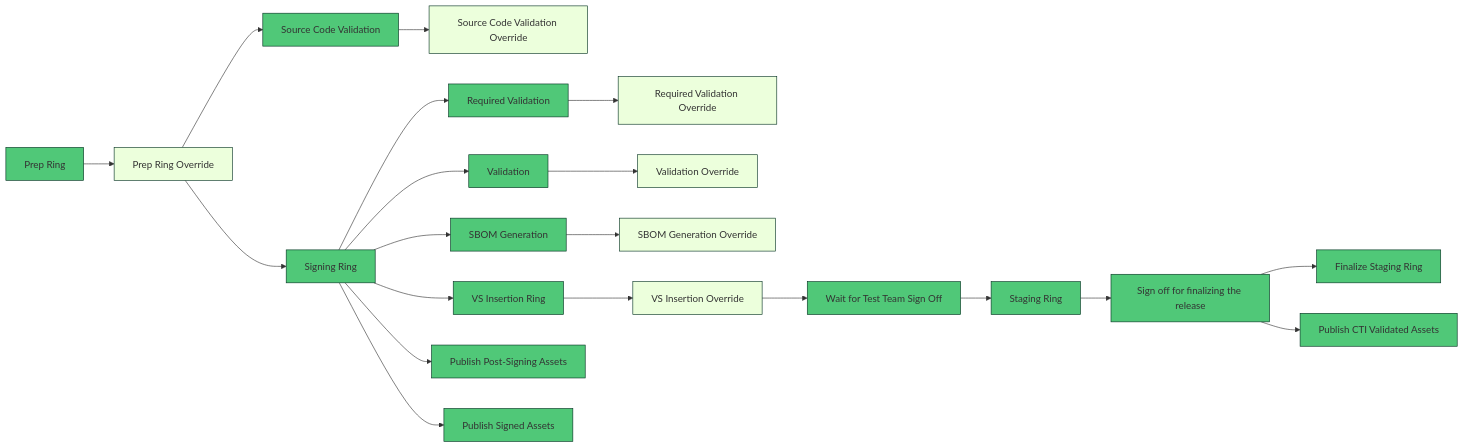
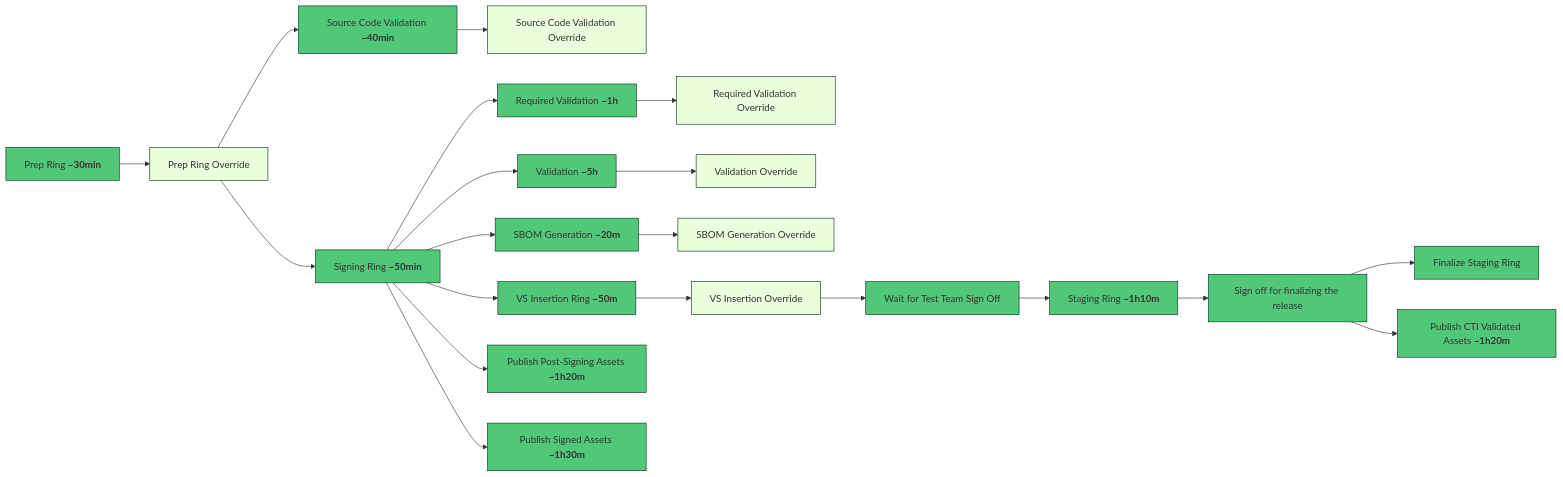
One commit to dotnet/arcade changed the second of 2 diagrams in Documentation/TeamProcess/One-Pagers/bcm-emergency-staging-pipeline-optimizations-12261.md. Above: the diagram before and after it, drawn with Mermaid. The commit also changed other lines of this file, not shown here.

````diff
--- a/Documentation/TeamProcess/One-Pagers/bcm-emergency-staging-pipeline-optimizations-12261.md
+++ b/Documentation/TeamProcess/One-Pagers/bcm-emergency-staging-pipeline-optimizations-12261.md
@@ -45,25 +45,25 @@
 ```mermaid
 flowchart LR
-  prep[Prep Ring] --> prep_override[Prep Ring Override]
-  prep_override --> signing[Signing Ring]
-  prep_override --> source_code_validation[Source Code Validation]
+  prep["Prep Ring <b>~30min</b>"] --> prep_override[Prep Ring Override]
+  prep_override --> signing["Signing Ring <b>~50min</b>"]
+  prep_override --> source_code_validation["Source Code Validation <b>~40min</b>"]
   source_code_validation --> source_code_validation_override[Source Code Validation Override]
-  signing --> vs_insertion[VS Insertion Ring]
-  signing --> required_validation[Required Validation]
+  signing --> vs_insertion["VS Insertion Ring <b>~50m</b>"]
+  signing --> required_validation["Required Validation <b>~1h</b>"]
   required_validation --> required_validation_override[Required Validation Override]
-  signing --> validation[Validation]
+  signing --> validation["Validation <b>~5h</b>"]
   validation --> validation_override[Validation Override]
-  signing --> sbom_generation[SBOM Generation]
+  signing --> sbom_generation["SBOM Generation <b>~20m</b>"]
   sbom_generation --> sbom_generation_override[SBOM Generation Override]
-  signing --> publishing_v3_signed[Publish Post-Signing Assets]
-  signing --> post_signing_publishing[Publish Signed Assets]
+  signing --> publishing_v3_signed["Publish Post-Signing Assets <b>~1h20m</b>"]
+  signing --> post_signing_publishing["Publish Signed Assets <b>~1h30m</b>"]
   vs_insertion --> vs_insertion_override[VS Insertion Override]
   vs_insertion_override --> cti_sign_off[Wait for Test Team Sign Off]
-  cti_sign_off --> staging[Staging Ring]
+  cti_sign_off --> staging["Staging Ring <b>~1h10m</b>"]
   staging --> finalize_sign_off[Sign off for finalizing the release]
   finalize_sign_off --> finalize_staging[Finalize Staging Ring]
-  finalize_sign_off --> publishing_v3_validated[Publish CTI Validated Assets ]
+  finalize_sign_off --> publishing_v3_validated["Publish CTI Validated Assets <b>~1h20m</b>"]
   classDef default fill:#50C878, stroke:#023020;
   classDef Override fill:#ECFFDC, stroke:#023020;
   class prep_override,source_code_validation_override,required_validation_override,sbom_generation_override,vs_insertion_override,validation_override Override;
 ```
````
